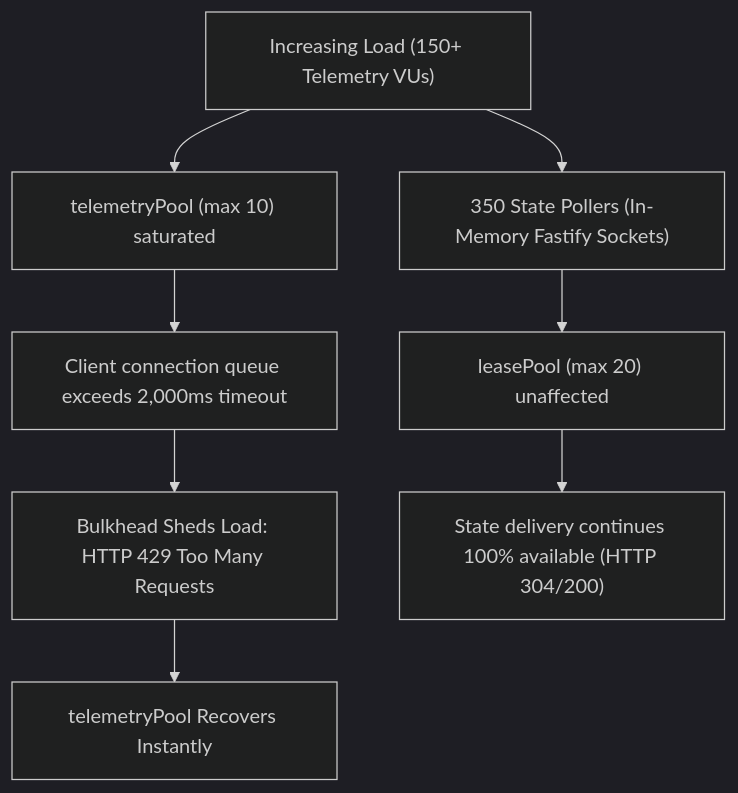
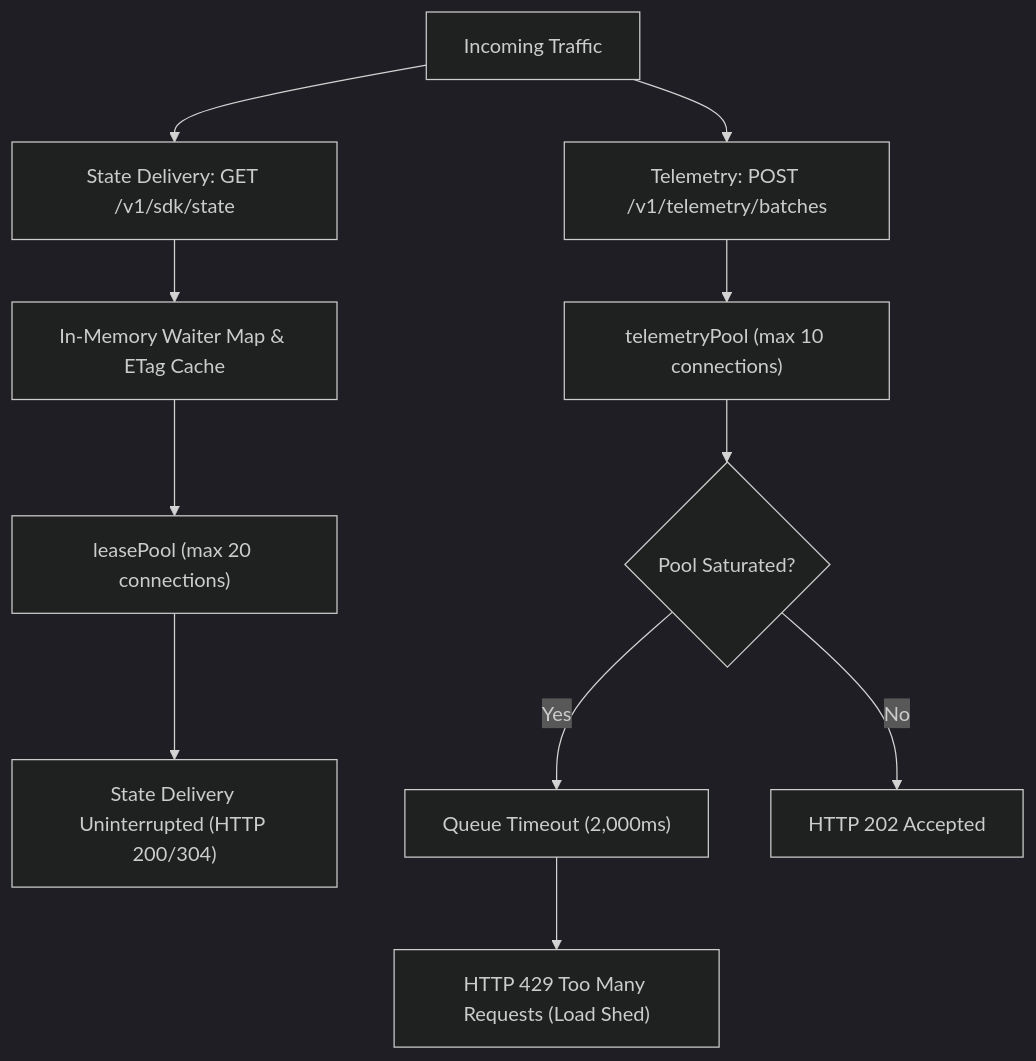
One commit to adityapawar112/SynapseState changed the diagram in docs/benchmarks/load-test-report.md. Above: the diagram before and after it, drawn with Mermaid (dark theme). The commit also changed other lines of this file and 12 other files, not shown here.

````diff
--- a/docs/benchmarks/load-test-report.md
+++ b/docs/benchmarks/load-test-report.md
@@ -158,11 +175,15 @@
 ```mermaid
 graph TD
-    A["Increasing Load (150+ Telemetry VUs)"] --> B["telemetryPool (max 10) saturated"]
-    B --> C["Client connection queue exceeds 2,000ms timeout"]
-    C --> D["Bulkhead Sheds Load: HTTP 429 Too Many Requests"]
-    D --> E["telemetryPool Recovers Instantly"]
+    A["Incoming Traffic"] --> B["State Delivery: GET /v1/sdk/state"]
+    A --> C["Telemetry: POST /v1/telemetry/batches"]
 
-    A --> F["350 State Pollers (In-Memory Fastify Sockets)"]
-    F --> G["leasePool (max 20) unaffected"]
-    G --> H["State delivery continues 100% available (HTTP 304/200)"]
+    B --> D["In-Memory Waiter Map & ETag Cache"]
+    D --> E["leasePool (max 20 connections)"]
+    E --> F["State Delivery Uninterrupted (HTTP 200/304)"]
+
+    C --> G["telemetryPool (max 10 connections)"]
+    G --> H{"Pool Saturated?"}
+    H -- "Yes" --> I["Queue Timeout (2,000ms)"]
+    I --> J["HTTP 429 Too Many Requests (Load Shed)"]
+    H -- "No" --> K["HTTP 202 Accepted"]
 ```
````
